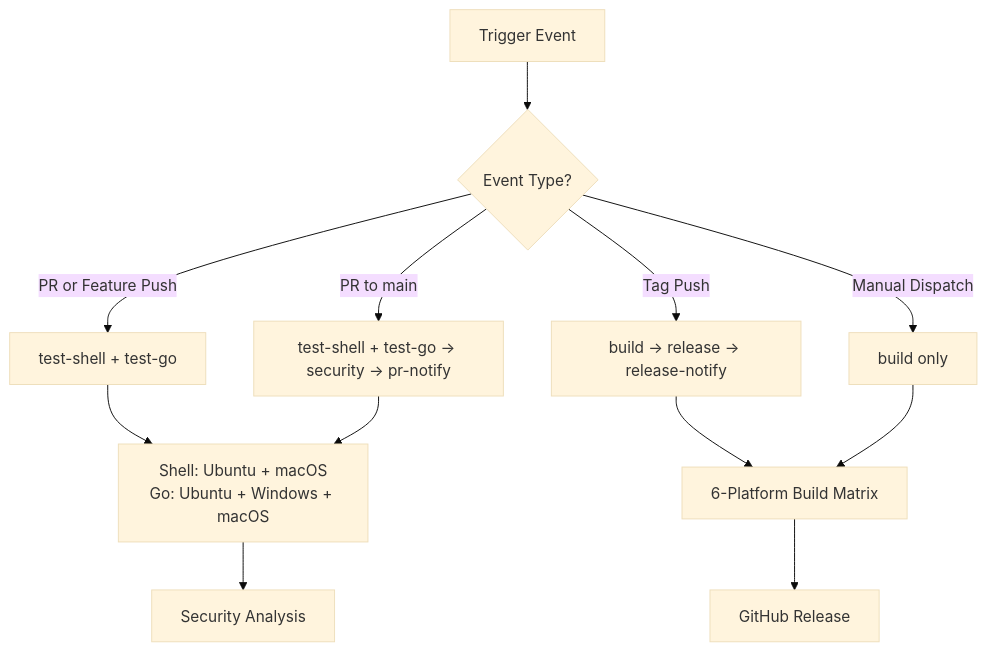
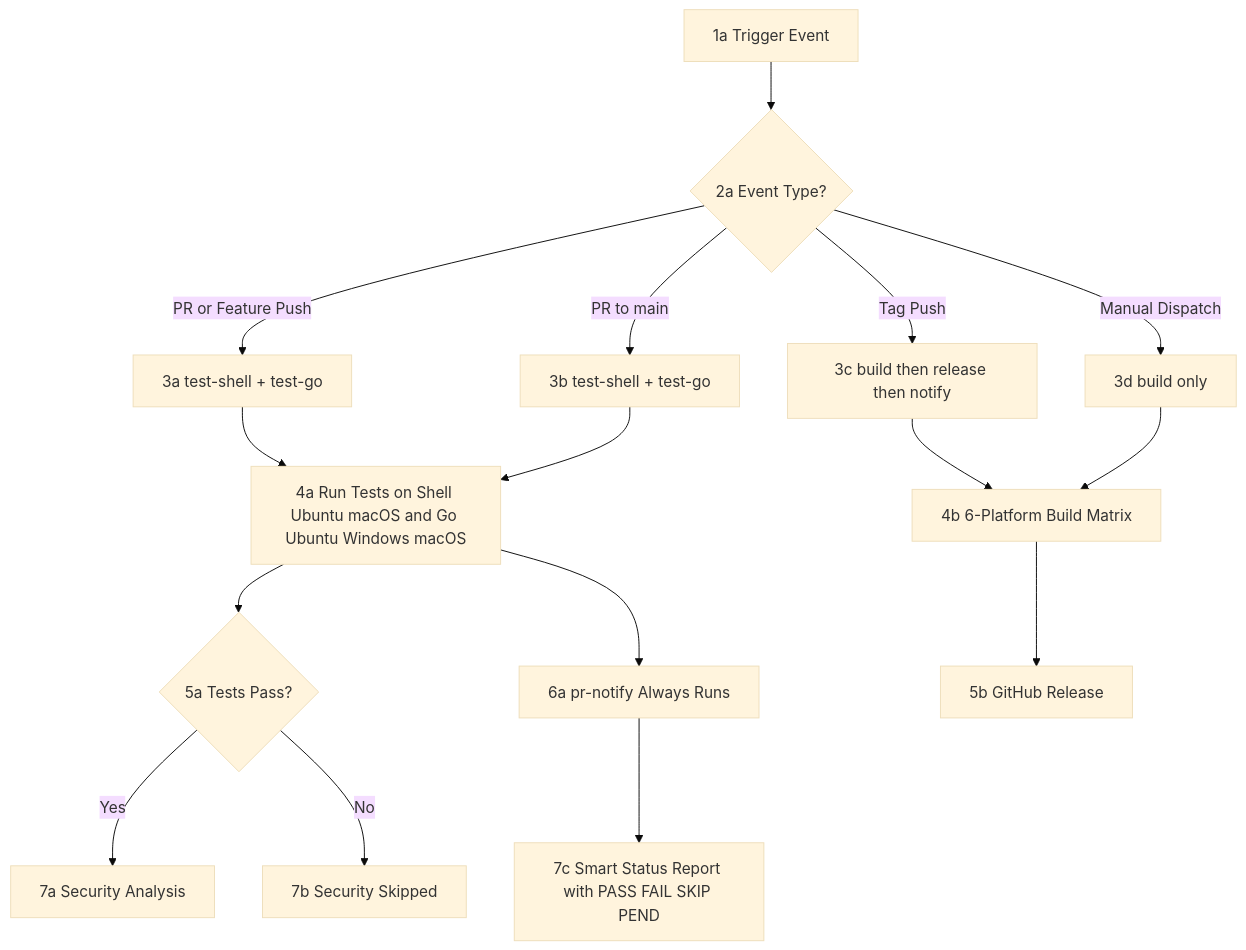
The diagram in docs/CI_CD_PIPELINE.md (zsoftly/ztiaws), drawn with Mermaid (base theme) before and after one commit. The commit also changed other lines of this file and 3 other files, not shown here.

Commit message:
fix: Enhance PR notification with detailed status reporting and improve logging tests for Windows CI

````diff
--- a/docs/CI_CD_PIPELINE.md
+++ b/docs/CI_CD_PIPELINE.md
@@ -54,17 +57,21 @@
 ```mermaid
 graph TD
-    A[Trigger Event] --> B{Event Type?}
+    A[1a Trigger Event] --> B{2a Event Type?}
     
-    B -->|PR or Feature Push| C[test-shell + test-go]
-    B -->|PR to main| D[test-shell + test-go → security → pr-notify]
-    B -->|Tag Push| E[build → release → release-notify]
-    B -->|Manual Dispatch| F[build only]
+    B -->|PR or Feature Push| C[3a test-shell + test-go]
+    B -->|PR to main| D[3b test-shell + test-go]
+    B -->|Tag Push| E[3c build then release then notify]
+    B -->|Manual Dispatch| F[3d build only]
     
-    C --> G[Shell: Ubuntu + macOS<br/>Go: Ubuntu + Windows + macOS]
+    C --> G[4a Run Tests on Shell Ubuntu macOS and Go Ubuntu Windows macOS]
     D --> G
-    G --> H[Security Analysis]
-    E --> I[6-Platform Build Matrix]
-    F --> I
+    G --> H{5a Tests Pass?}
+    G --> K[6a pr-notify Always Runs]
+    H -->|Yes| I[7a Security Analysis]
+    H -->|No| L[7b Security Skipped]
+    E --> M[4b 6-Platform Build Matrix]
+    F --> M
     
-    I --> J[GitHub Release]
+    M --> N[5b GitHub Release]
+    K --> O[7c Smart Status Report with PASS FAIL SKIP PEND]
 ```
````
